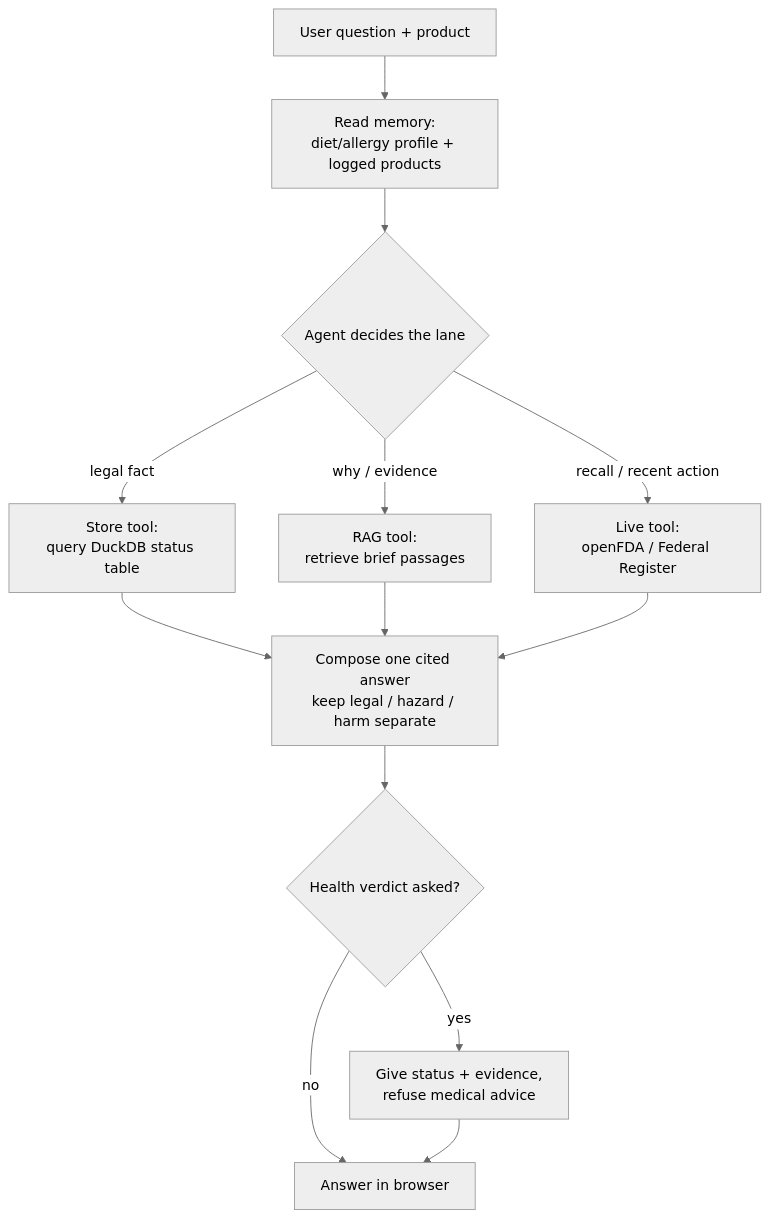
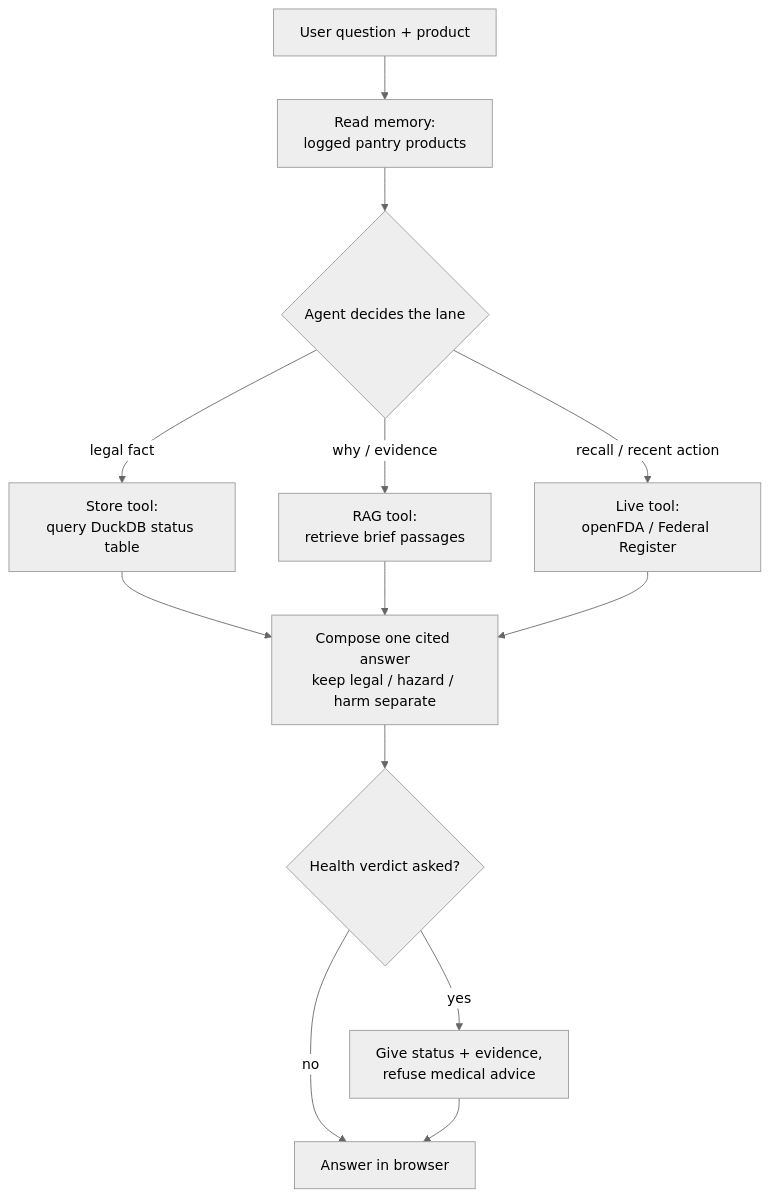
One commit to areverything/label-lens changed the third of 3 diagrams in docs/deliverables.md. Above: the diagram before and after it, drawn with Mermaid (neutral theme). The commit also changed other lines of this file and 4 other files, not shown here.

````diff
--- a/docs/deliverables.md
+++ b/docs/deliverables.md
@@ -106,15 +132,15 @@
 ```mermaid
 flowchart TD
-    IN[User question + product] --> MEM[Read memory:<br/>diet/allergy profile + logged products]
+    IN[User question + product] --> MEM[Read memory:<br/>logged pantry products]
     MEM --> ROUTE{Agent decides the lane}
     ROUTE -->|legal fact| STORE[Store tool:<br/>query DuckDB status table]
     ROUTE -->|why / evidence| RAG[RAG tool:<br/>retrieve brief passages]
     ROUTE -->|recall / recent action| LIVE[Live tool:<br/>openFDA / Federal Register]
     STORE --> COMPOSE[Compose one cited answer<br/>keep legal / hazard / harm separate]
     RAG --> COMPOSE
     LIVE --> COMPOSE
     COMPOSE --> SAFE{Health verdict asked?}
     SAFE -->|yes| REFUSE[Give status + evidence,<br/>refuse medical advice]
     SAFE -->|no| OUT[Answer in browser]
     REFUSE --> OUT
 ```
````
